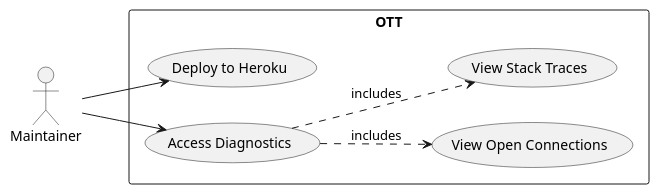
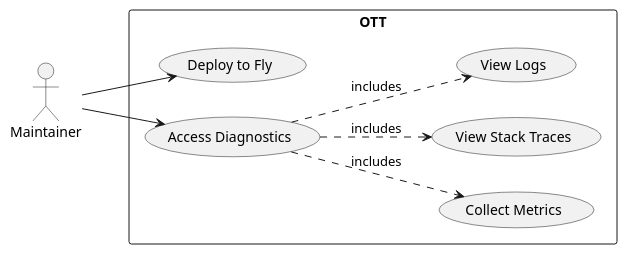
The diagram in figures/use-case-maint.puml (dyc3/senior-design), drawn with PlantUML before and after one commit. The commit also changed 5 other files, not shown here.

First line of the commit message:
update references to heroku to fly, closes #76 (#80)

```diff
--- a/figures/use-case-maint.puml
+++ b/figures/use-case-maint.puml
@@ -1,14 +1,16 @@
 @startuml
 left to right direction
 actor "Maintainer" as maint
 rectangle OTT {
-  usecase "Deploy to Heroku" as UC1
+  usecase "Deploy to Fly" as UC1
   usecase "Access Diagnostics" as UC2
-  usecase "View Open Connections" as UC2.1
+  usecase "Collect Metrics" as UC2.1
   usecase "View Stack Traces" as UC2.2
+  usecase "View Logs" as UC2.3
 }
 maint --> UC1
 maint --> UC2
 UC2 --> UC2.1 #line.dashed : includes
 UC2 --> UC2.2 #line.dashed : includes
+UC2 --> UC2.3 #line.dashed : includes
 @enduml
```
